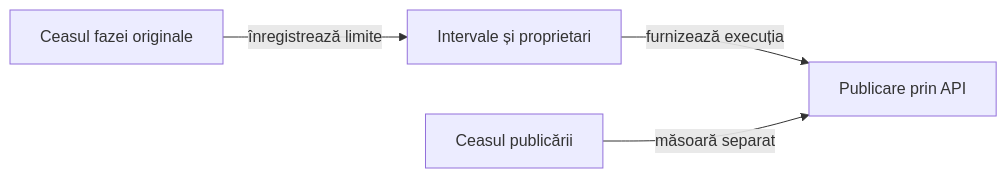
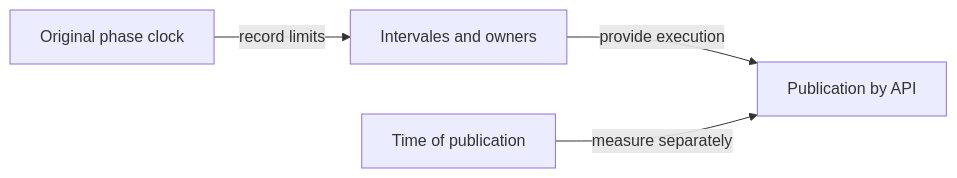
The diagram in docs/reporting/ATF_PhaseTiming.md (crististefanita/atf_j4), drawn with Mermaid before and after one commit. The commit also changed other lines of this file and 122 other files, not shown here.

````diff
--- a/docs/reporting/ATF_PhaseTiming.md
+++ b/docs/reporting/ATF_PhaseTiming.md
@@ -18,6 +18,6 @@
 ```mermaid
 flowchart LR
-    CLOCK[Ceasul fazei originale] -->|înregistrează limite| TRACE[Intervale și proprietari]
-    TRACE -->|furnizează execuția| REPORT[Publicare prin API]
-    PUBLISH[Ceasul publicării] -->|măsoară separat| REPORT
+    CLOCK[Original phase clock] -->|record limits| TRACE[Intervales and owners]
+    TRACE -->|provide execution| REPORT[Publication by API]
+    PUBLISH[Time of publication] -->|measure separately| REPORT
 ```
````
